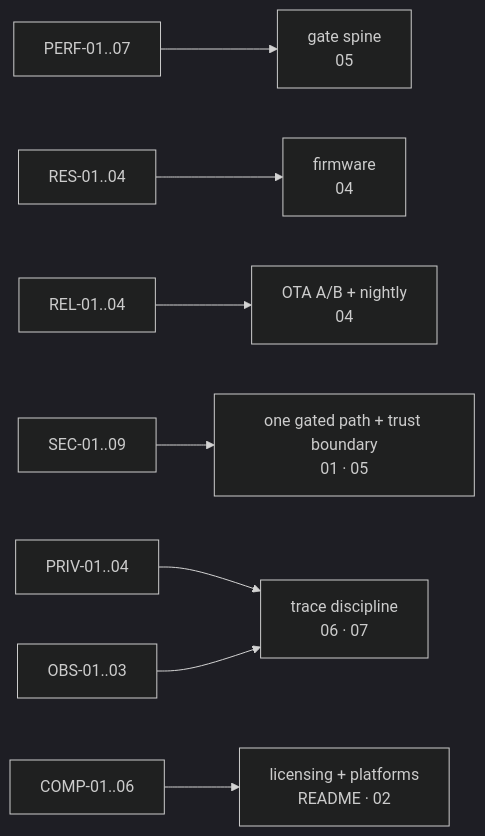
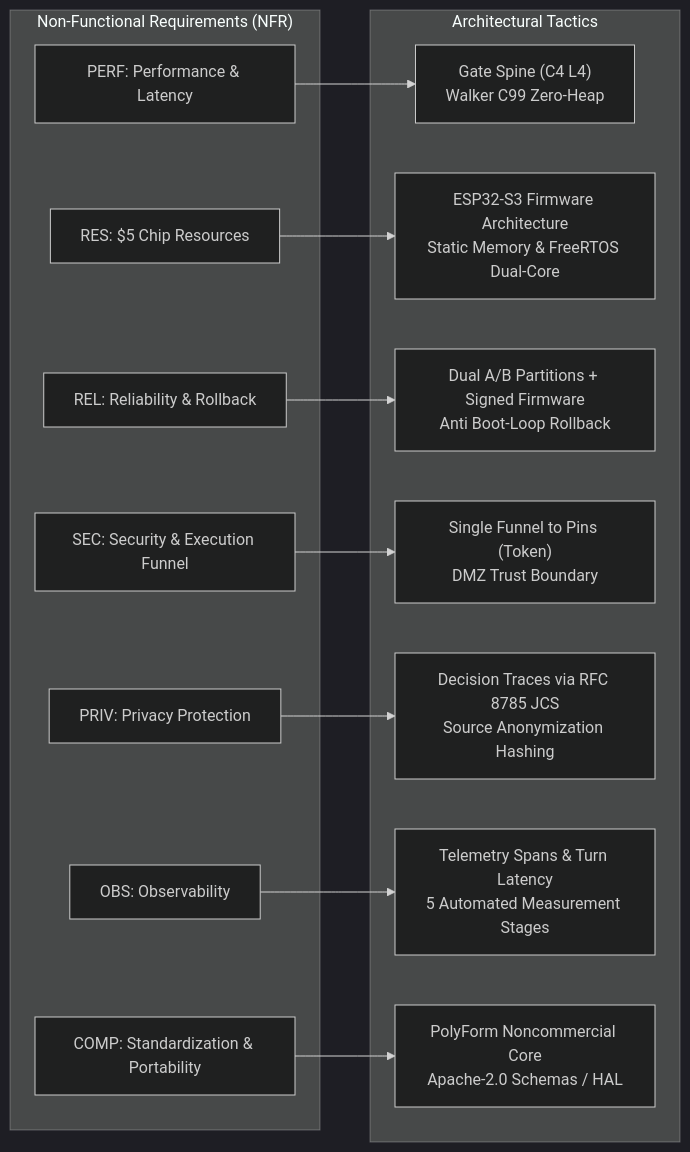
The diagram in docs/architecture/en/08-nfr.md (letrongminh/neuroedge-init), drawn with Mermaid (dark theme) before and after one commit. The commit also changed other lines of this file and 35 other files, not shown here.

First line of the commit message:
docs(architecture): comprehensive upgrade of architecture suite, Mermaid diagrams and vector posters

````diff
--- a/docs/architecture/en/08-nfr.md
+++ b/docs/architecture/en/08-nfr.md
@@ -7,10 +13,30 @@
 ```mermaid
 flowchart LR
-    PERF[PERF-01..07] --> SP[gate spine<br/>05]
-    RES[RES-01..04] --> FW[firmware<br/>04]
-    REL[REL-01..04] --> OTA[OTA A/B + nightly<br/>04]
-    SEC[SEC-01..09] --> GN[one gated path + trust boundary<br/>01 · 05]
-    PRIV[PRIV-01..04] --> TR[trace discipline<br/>06 · 07]
-    OBS[OBS-01..03] --> TR
-    COMP[COMP-01..06] --> LIC[licensing + platforms<br/>README · 02]
+    subgraph NonFunctionalRequirements["Non-Functional Requirements (NFR)"]
+        PERF["PERF: Performance & Latency"]
+        RES["RES: $5 Chip Resources"]
+        REL["REL: Reliability & Rollback"]
+        SEC["SEC: Security & Execution Funnel"]
+        PRIV["PRIV: Privacy Protection"]
+        OBS["OBS: Observability"]
+        COMP["COMP: Standardization & Portability"]
+    end
+
+    subgraph ArchitecturalTactics["Architectural Tactics"]
+        SP["Gate Spine (C4 L4)<br/>Walker C99 Zero-Heap"]
+        FW["ESP32-S3 Firmware Architecture<br/>Static Memory & FreeRTOS Dual-Core"]
+        OTA["Dual A/B Partitions + Signed Firmware<br/>Anti Boot-Loop Rollback"]
+        GATE["Single Funnel to Pins (Token)<br/>DMZ Trust Boundary"]
+        TRACE["Decision Traces via RFC 8785 JCS<br/>Source Anonymization Hashing"]
+        TEL["Telemetry Spans & Turn Latency<br/>5 Automated Measurement Stages"]
+        LIC["PolyForm Noncommercial Core<br/>Apache-2.0 Schemas / HAL"]
+    end
+
+    PERF --> SP
+    RES --> FW
+    REL --> OTA
+    SEC --> GATE
+    PRIV --> TRACE
+    OBS --> TEL
+    COMP --> LIC
 ```
````
